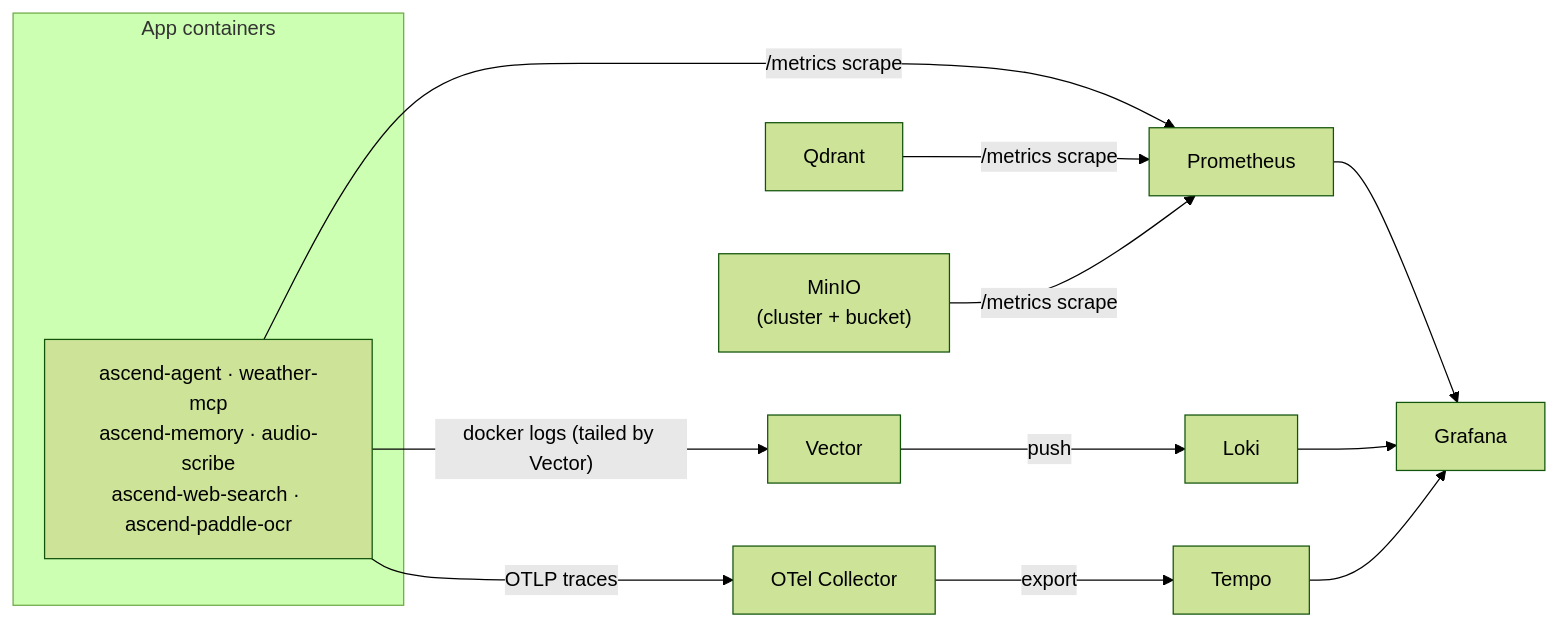
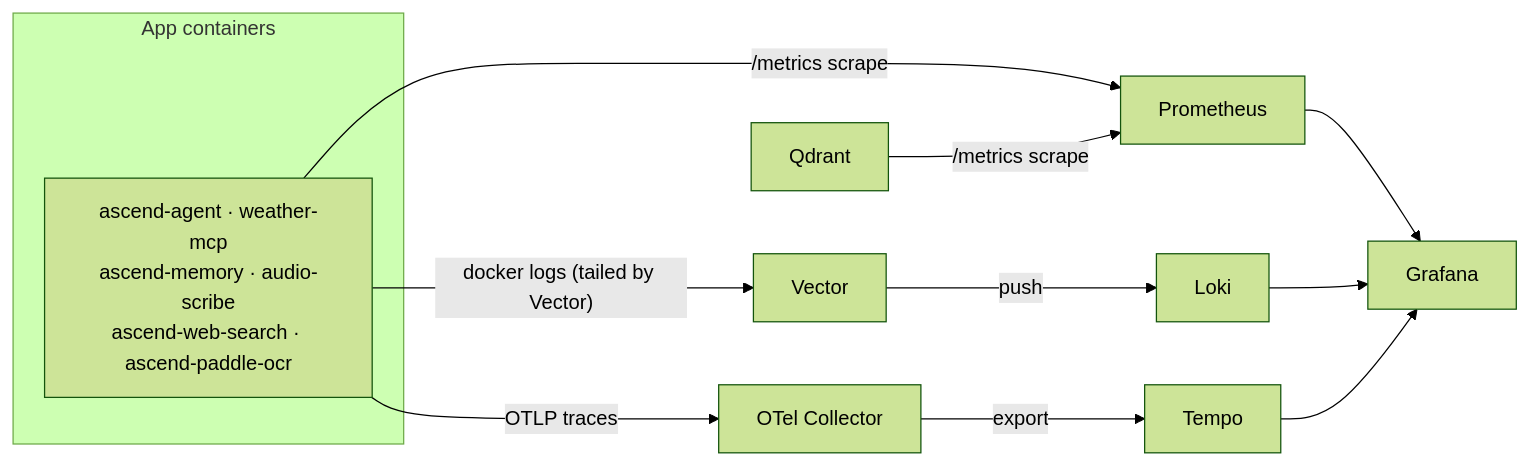
One commit to Lukk17/AscendAI changed the diagram in observability/README.md. Above: the diagram before and after it, drawn with Mermaid (forest theme). The commit also changed other lines of this file and 207 other files, not shown here.

````diff
--- a/observability/README.md
+++ b/observability/README.md
@@ -16,20 +16,19 @@
 ```mermaid
 graph LR
     subgraph "App containers"
         SVC["ascend-agent · weather-mcp<br/>ascend-memory · audio-scribe<br/>ascend-web-search · ascend-paddle-ocr"]
     end
 
     SVC -->|"/metrics scrape"| PROM["Prometheus"]
     QD["Qdrant"] -->|"/metrics scrape"| PROM
-    MIN["MinIO<br/>(cluster + bucket)"] -->|"/metrics scrape"| PROM
 
     SVC -->|"docker logs (tailed by Vector)"| VEC["Vector"]
     VEC -->|"push"| LOKI["Loki"]
 
     SVC -->|"OTLP traces"| OTEL["OTel Collector"]
     OTEL -->|"export"| TEMPO["Tempo"]
 
     PROM --> GRAF["Grafana"]
     LOKI --> GRAF
     TEMPO --> GRAF
 ```
````
